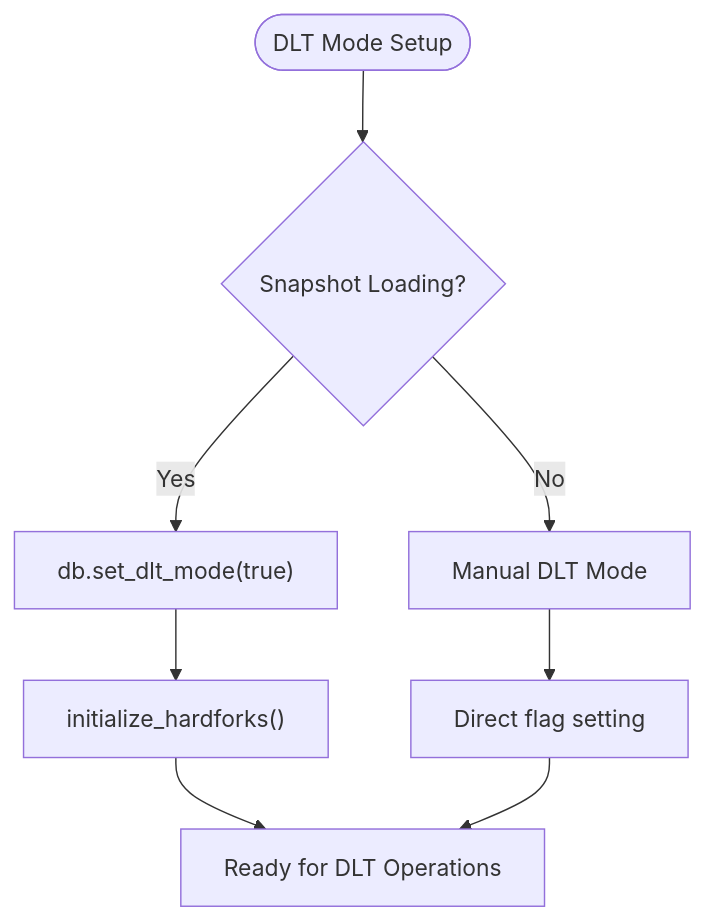
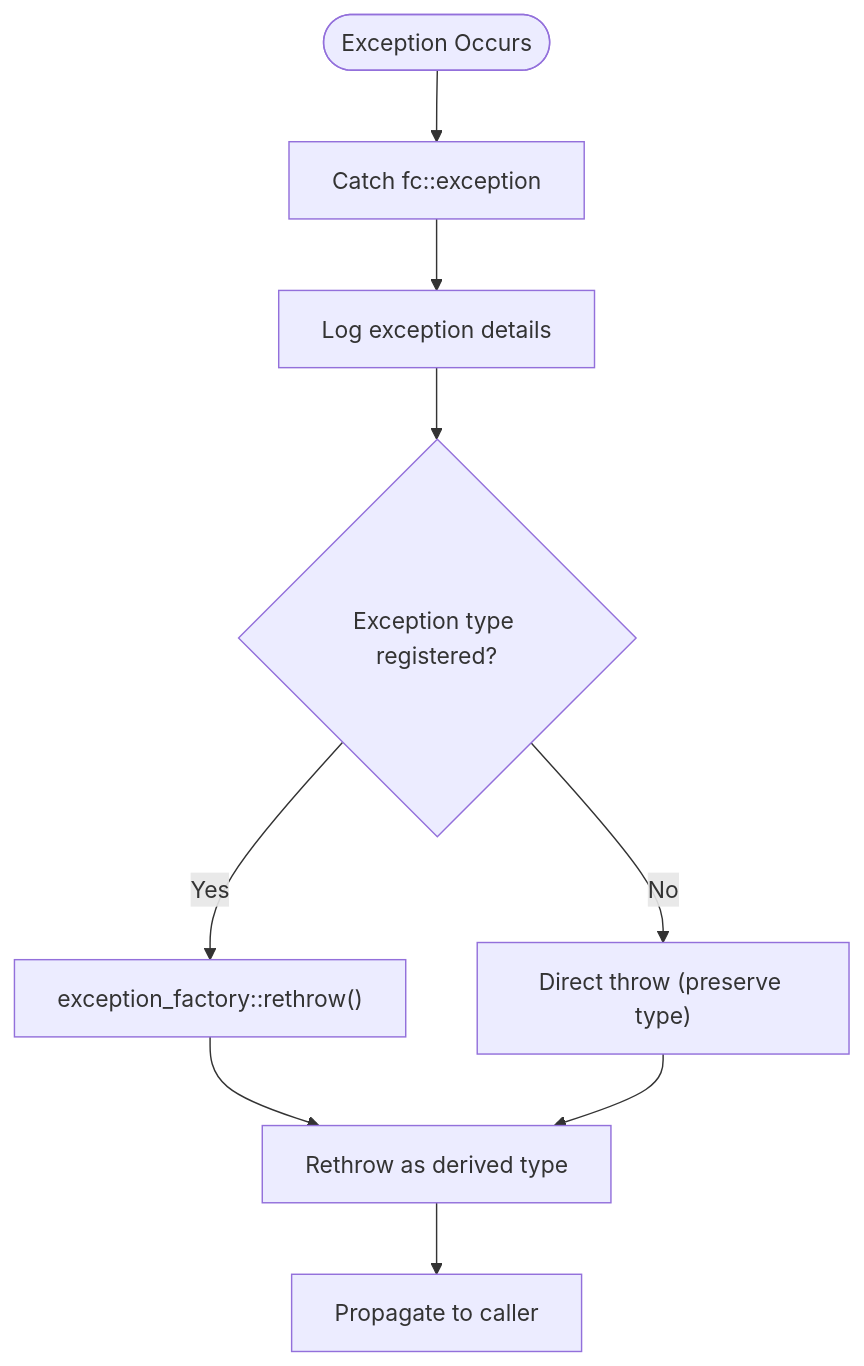
The fourth of 27 diagrams in .qoder/repowiki/en/content/Architecture Overview/Core Libraries/Chain Library/Database Management/Database Management.md (VIZ-Blockchain/viz-cpp-node), drawn with Mermaid before and after one commit. The commit also changed other lines of this file and 4 other files, not shown here.

````diff
--- a/.qoder/repowiki/en/content/Architecture Overview/Core Libraries/Chain Library/Database Management/Database Management.md
+++ b/.qoder/repowiki/en/content/Architecture Overview/Core Libraries/Chain Library/Database Management/Database Management.md
@@ -463,10 +463,11 @@
 ```mermaid
 flowchart TD
-Start(["DLT Mode Setup"]) --> CheckSnapshot{"Snapshot Loading?"}
-CheckSnapshot --> |Yes| SetFlag["db.set_dlt_mode(true)"]
-CheckSnapshot --> |No| ManualMode["Manual DLT Mode"]
-SetFlag --> InitHardfork["initialize_hardforks()"]
-ManualMode --> DirectFlag["Direct flag setting"]
-InitHardfork --> Ready["Ready for DLT Operations"]
-DirectFlag --> Ready
+Start(["Exception Occurs"]) --> Capture["Catch fc::exception"]
+Capture --> Log["Log exception details"]
+Log --> CheckType{"Exception type registered?"}
+CheckType --> |Yes| Factory["exception_factory::rethrow()"]
+Factory --> ReThrow["Rethrow as derived type"]
+CheckType --> |No| DirectThrow["Direct throw (preserve type)"]
+DirectThrow --> ReThrow
+ReThrow --> Propagate["Propagate to caller"]
 ```
````
